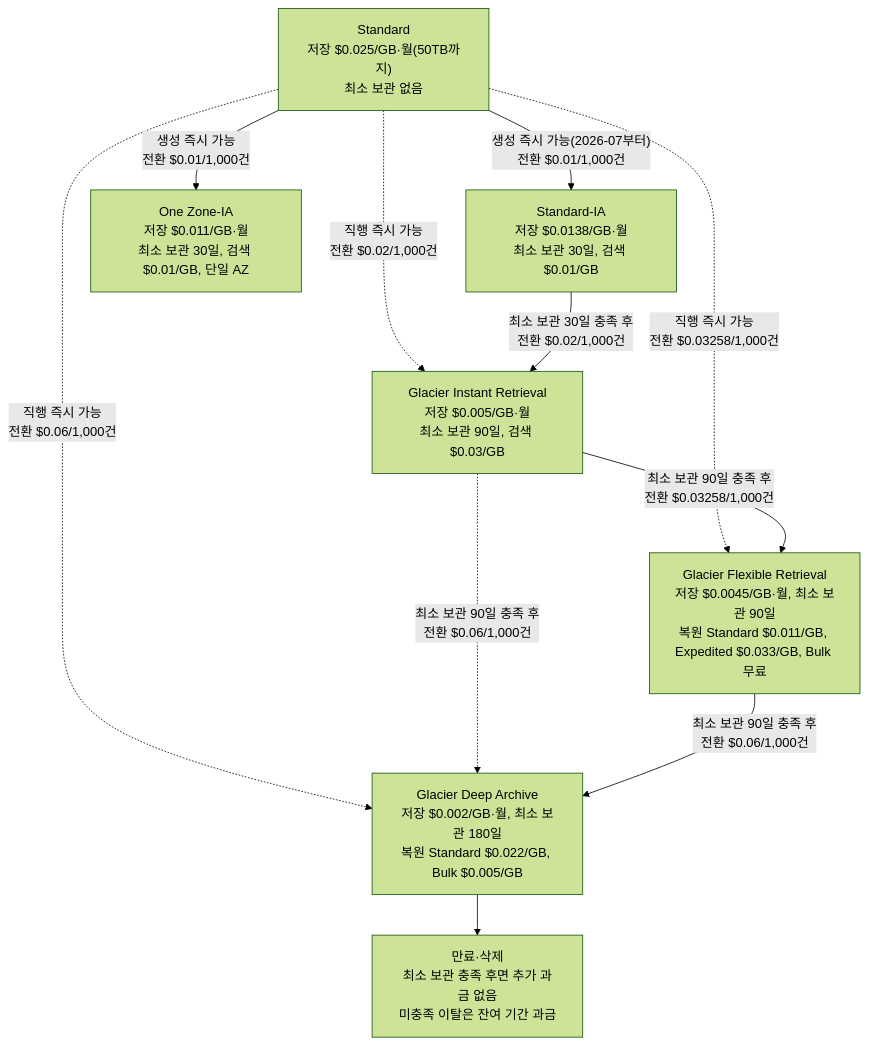
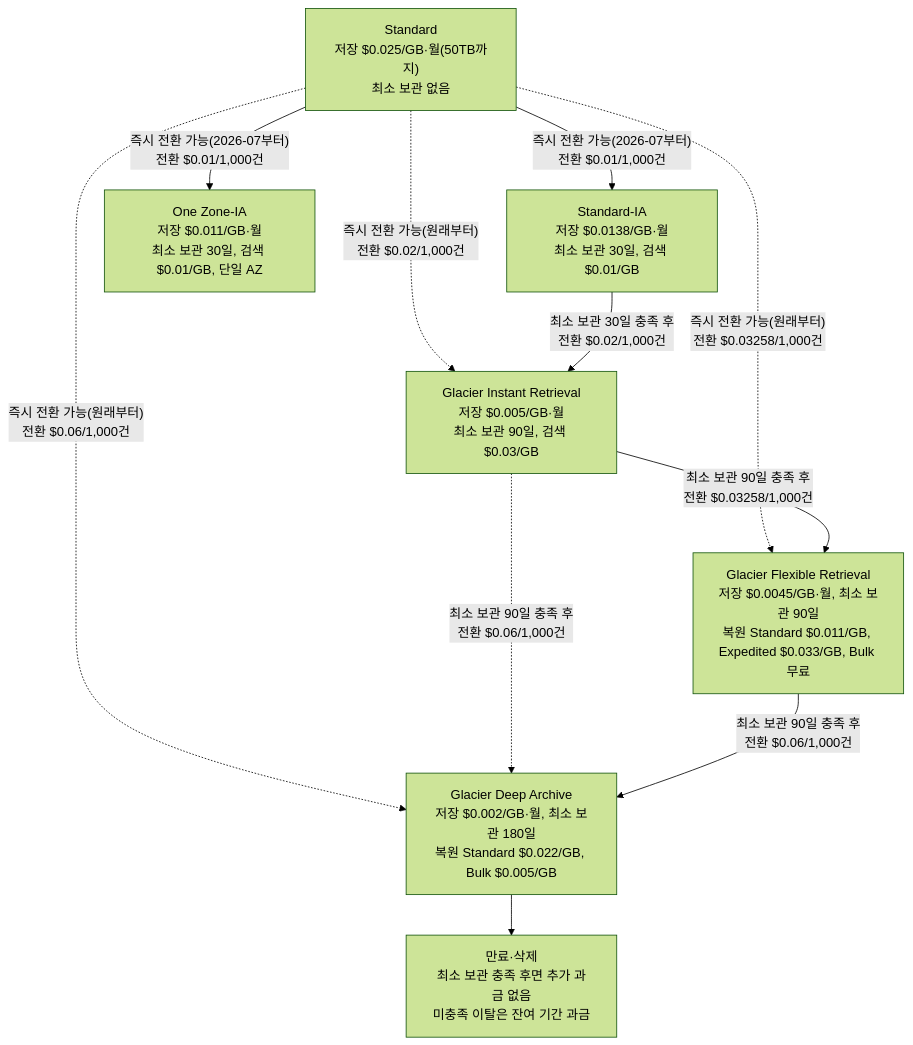
One commit to dotoryeee/blog changed the diagram in docs/blog/posts/Cloud Infra/s3_optimization.md. Above: the diagram before and after it, drawn with Mermaid (forest theme). The commit also changed other lines of this file, not shown here.

Commit message:
update: unify s3 transition edge labels, clarify 2026-07 scope

````diff
--- a/docs/blog/posts/Cloud Infra/s3_optimization.md
+++ b/docs/blog/posts/Cloud Infra/s3_optimization.md
@@ -82,20 +82,20 @@
 ```mermaid
 graph TD
     S["Standard<br>저장 $0.025/GB·월(50TB까지)<br>최소 보관 없음"]
     IA["Standard-IA<br>저장 $0.0138/GB·월<br>최소 보관 30일, 검색 $0.01/GB"]
     ZIA["One Zone-IA<br>저장 $0.011/GB·월<br>최소 보관 30일, 검색 $0.01/GB, 단일 AZ"]
     GIR["Glacier Instant Retrieval<br>저장 $0.005/GB·월<br>최소 보관 90일, 검색 $0.03/GB"]
     FR["Glacier Flexible Retrieval<br>저장 $0.0045/GB·월, 최소 보관 90일<br>복원 Standard $0.011/GB, Expedited $0.033/GB, Bulk 무료"]
     GDA["Glacier Deep Archive<br>저장 $0.002/GB·월, 최소 보관 180일<br>복원 Standard $0.022/GB, Bulk $0.005/GB"]
     DEL["만료·삭제<br>최소 보관 충족 후면 추가 과금 없음<br>미충족 이탈은 잔여 기간 과금"]
-    S -->|"생성 즉시 가능(2026-07부터)<br>전환 $0.01/1,000건"| IA
-    S -->|"생성 즉시 가능<br>전환 $0.01/1,000건"| ZIA
-    S -.->|"직행 즉시 가능<br>전환 $0.02/1,000건"| GIR
-    S -.->|"직행 즉시 가능<br>전환 $0.03258/1,000건"| FR
-    S -.->|"직행 즉시 가능<br>전환 $0.06/1,000건"| GDA
+    S -->|"즉시 전환 가능(2026-07부터)<br>전환 $0.01/1,000건"| IA
+    S -->|"즉시 전환 가능(2026-07부터)<br>전환 $0.01/1,000건"| ZIA
+    S -.->|"즉시 전환 가능(원래부터)<br>전환 $0.02/1,000건"| GIR
+    S -.->|"즉시 전환 가능(원래부터)<br>전환 $0.03258/1,000건"| FR
+    S -.->|"즉시 전환 가능(원래부터)<br>전환 $0.06/1,000건"| GDA
     IA -->|"최소 보관 30일 충족 후<br>전환 $0.02/1,000건"| GIR
     GIR -->|"최소 보관 90일 충족 후<br>전환 $0.03258/1,000건"| FR
     GIR -.->|"최소 보관 90일 충족 후<br>전환 $0.06/1,000건"| GDA
     FR -->|"최소 보관 90일 충족 후<br>전환 $0.06/1,000건"| GDA
     GDA --> DEL
 ```
````
